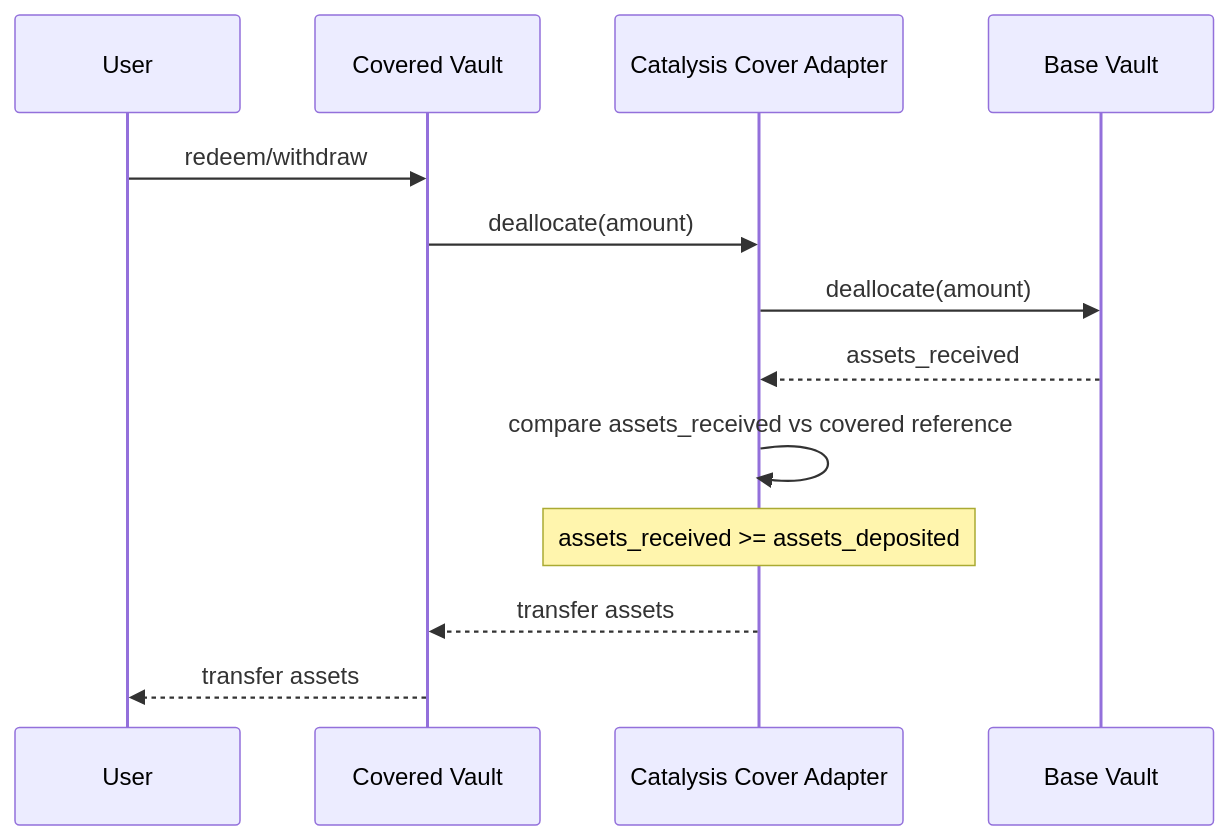
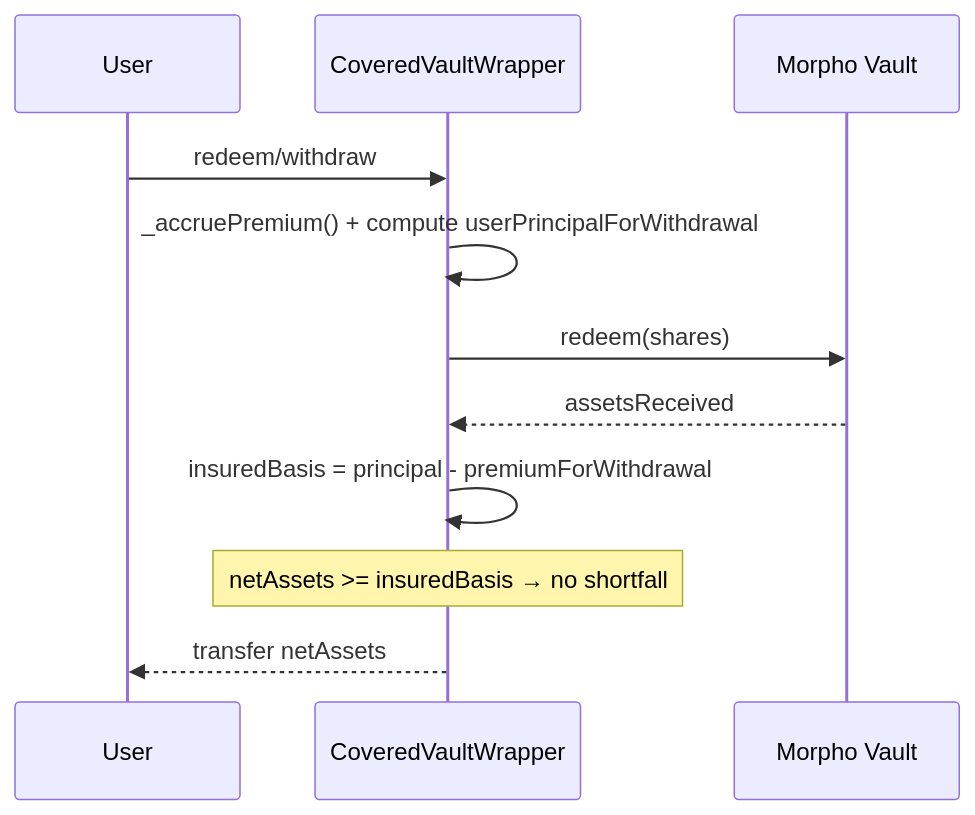
Before and after one commit to 0xcatalysis/coverage: the fourth of 5 diagrams in docs/architecture/06-premiums-claims.md, drawn with Mermaid. The commit also changed other lines of this file and 22 other files, not shown here.

First line of the commit message:
Align testing flows (#78)

````diff
--- a/docs/architecture/06-premiums-claims.md
+++ b/docs/architecture/06-premiums-claims.md
@@ -149,16 +154,14 @@
 ```mermaid
 sequenceDiagram
     participant User
-    participant CV as Covered Vault
-    participant ADP as Catalysis Cover Adapter
-    participant BV as Base Vault
+    participant CVW as CoveredVaultWrapper
+    participant MV as Morpho Vault
 
-    User->>CV: redeem/withdraw
-    CV->>ADP: deallocate(amount)
-    ADP->>BV: deallocate(amount)
-    BV-->>ADP: assets_received
-    ADP->>ADP: compare assets_received vs covered reference
-    Note over ADP: assets_received >= assets_deposited
-    ADP-->>CV: transfer assets
-    CV-->>User: transfer assets
+    User->>CVW: redeem/withdraw
+    CVW->>CVW: _accruePremium() + compute userPrincipalForWithdrawal
+    CVW->>MV: redeem(shares)
+    MV-->>CVW: assetsReceived
+    CVW->>CVW: insuredBasis = principal - premiumForWithdrawal
+    Note over CVW: netAssets >= insuredBasis → no shortfall
+    CVW-->>User: transfer netAssets
 ```
````
